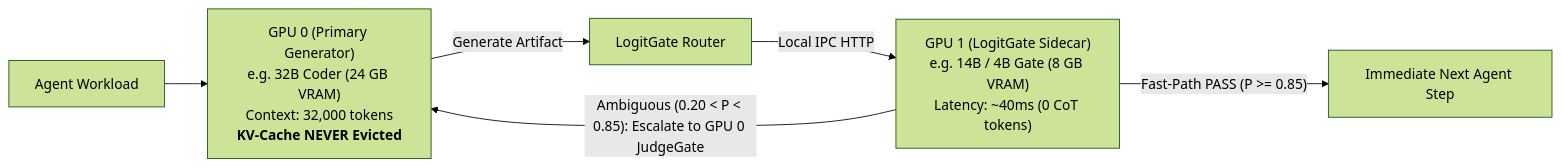
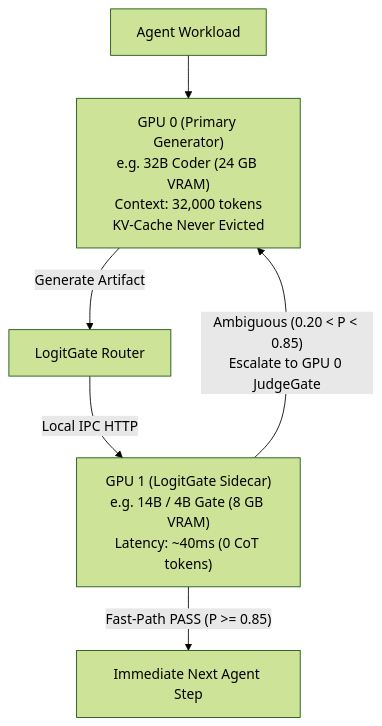
The seventh of 7 diagrams in docs/architecture.md (jasonbdly/LogitGate), drawn with Mermaid (forest theme) before and after one commit. The commit also changed other lines of this file and 24 other files, not shown here.

````diff
--- a/docs/architecture.md
+++ b/docs/architecture.md
@@ -496,11 +490,11 @@
 ```mermaid
-flowchart LR
-    agent["Agent Workload"] --> GPU0["GPU 0 (Primary Generator)<br/>e.g. 32B Coder (24 GB VRAM)<br/>Context: 32,000 tokens<br/><b>KV-Cache NEVER Evicted</b>"]
+flowchart TD
+    agent["Agent Workload"] --> GPU0["GPU 0 (Primary Generator)<br/>e.g. 32B Coder (24 GB VRAM)<br/>Context: 32,000 tokens<br/>KV-Cache Never Evicted"]
     
     GPU0 -->|"Generate Artifact"| gate_router["LogitGate Router"]
     
     gate_router -->|"Local IPC HTTP"| GPU1["GPU 1 (LogitGate Sidecar)<br/>e.g. 14B / 4B Gate (8 GB VRAM)<br/>Latency: ~40ms (0 CoT tokens)"]
     
     GPU1 -->|"Fast-Path PASS (P >= 0.85)"| done["Immediate Next Agent Step"]
-    GPU1 -->|"Ambiguous (0.20 < P < 0.85): Escalate to GPU 0 JudgeGate"| GPU0
+    GPU1 -->|"Ambiguous (0.20 < P < 0.85)<br/>Escalate to GPU 0 JudgeGate"| GPU0
 ```
````
